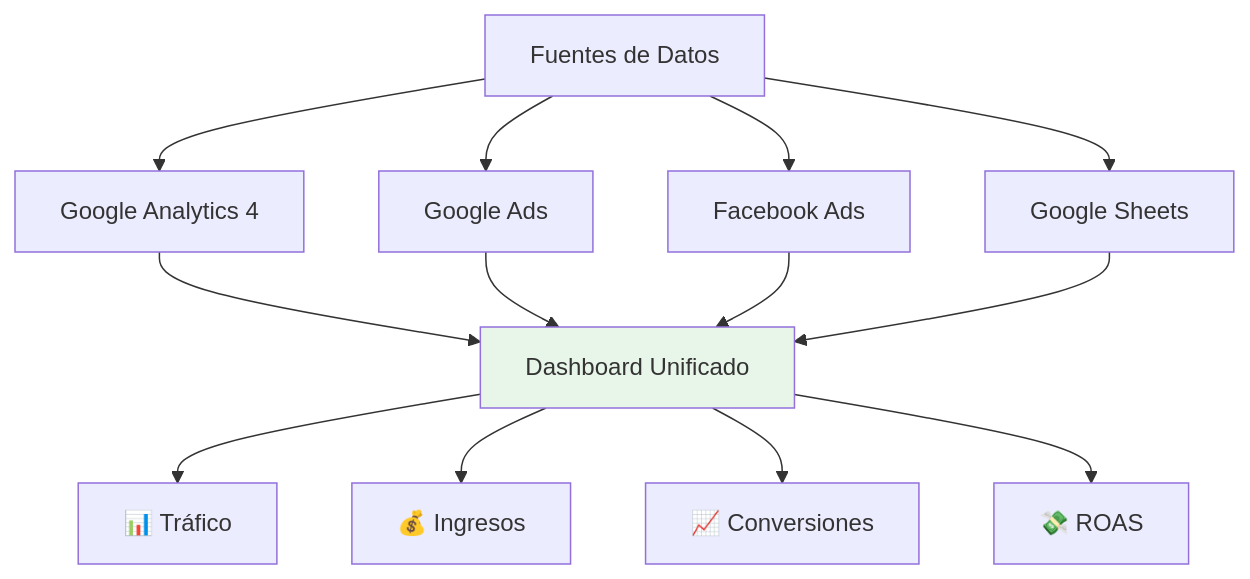
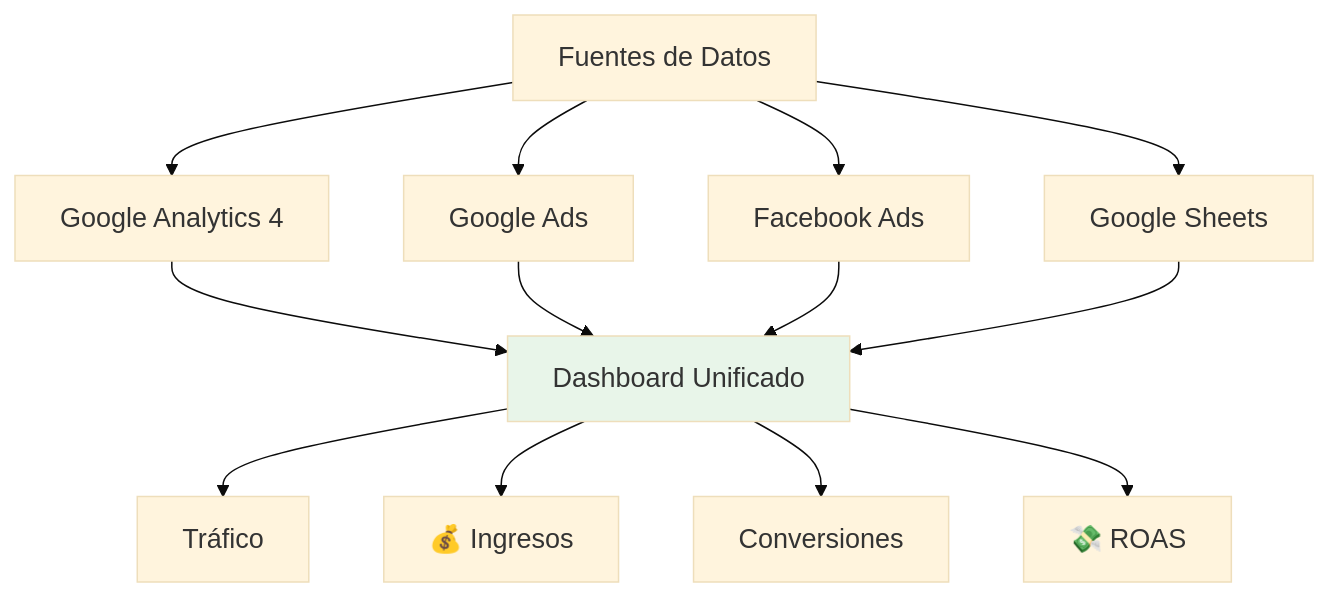
The eighth of 8 diagrams in courses/🟡-development/FPUNA-2026/04-MARKETING-COMUNICACION/02-data-driven-marketing.md (Ai-Whisperers/Courses-Content), drawn with Mermaid before and after one commit. The commit also changed other lines of this file and 47 other files, not shown here.

First line of the commit message:
fix: Make all 473 diagrams WCAG AAA accessible (FPUNA-2026)

````diff
--- a/courses/🟡-development/FPUNA-2026/04-MARKETING-COMUNICACION/02-data-driven-marketing.md
+++ b/courses/🟡-development/FPUNA-2026/04-MARKETING-COMUNICACION/02-data-driven-marketing.md
@@ -763,19 +770,20 @@
 ```mermaid
+%%{init: {'theme':'base', 'themeVariables': {'fontSize':'18px'}}}%%
 graph TD
     A[Fuentes de Datos] --> B[Google Analytics 4]
     A --> C[Google Ads]
     A --> D[Facebook Ads]
     A --> E[Google Sheets]
     
     B --> F[Dashboard Unificado]
     C --> F
     D --> F
     E --> F
     
-    F --> G[📊 Tráfico]
+    F --> G[Tráfico]
     F --> H[💰 Ingresos]
-    F --> I[📈 Conversiones]
+    F --> I[Conversiones]
     F --> J[💸 ROAS]
     
     style F fill:#e8f5e9
 ```
````
